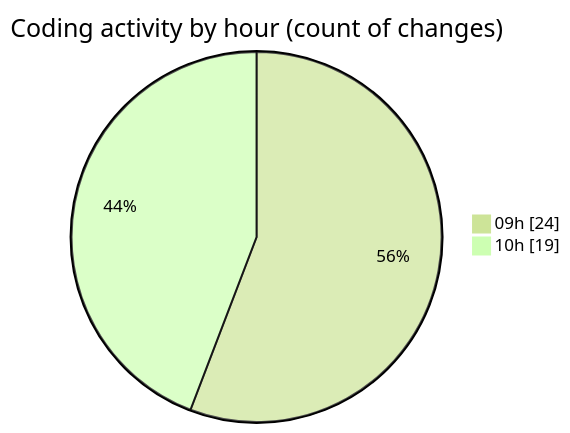
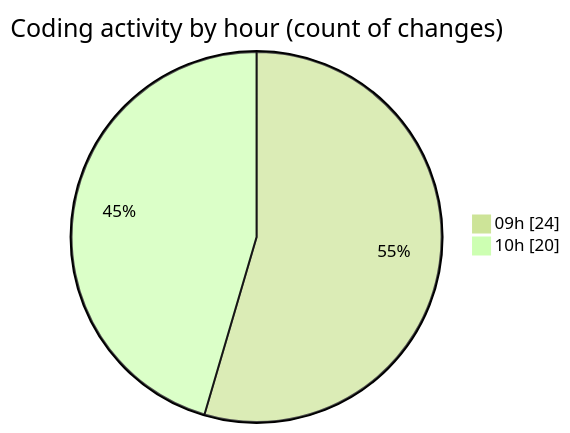
One commit to MatusMokan/code-tracking changed the second of 2 diagrams in 2025-05-08/myws__workspace_/README.md. Above: the diagram before and after it, drawn with Mermaid (forest theme). The commit also changed other lines of this file and 1 other file, not shown here.

````diff
--- a/2025-05-08/myws__workspace_/README.md
+++ b/2025-05-08/myws__workspace_/README.md
@@ -30,6 +30,6 @@
 ```mermaid
 pie showData
 title Coding activity by hour (count of changes)
 "09h" : 24
-"10h" : 19
+"10h" : 20
 ```
````
